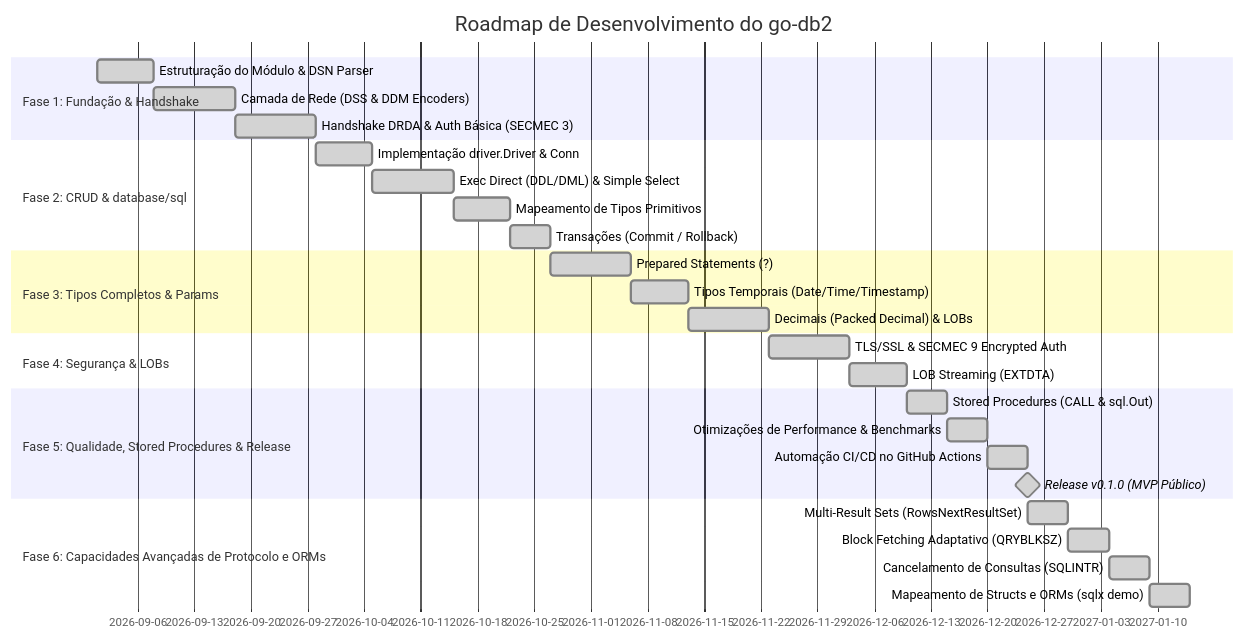
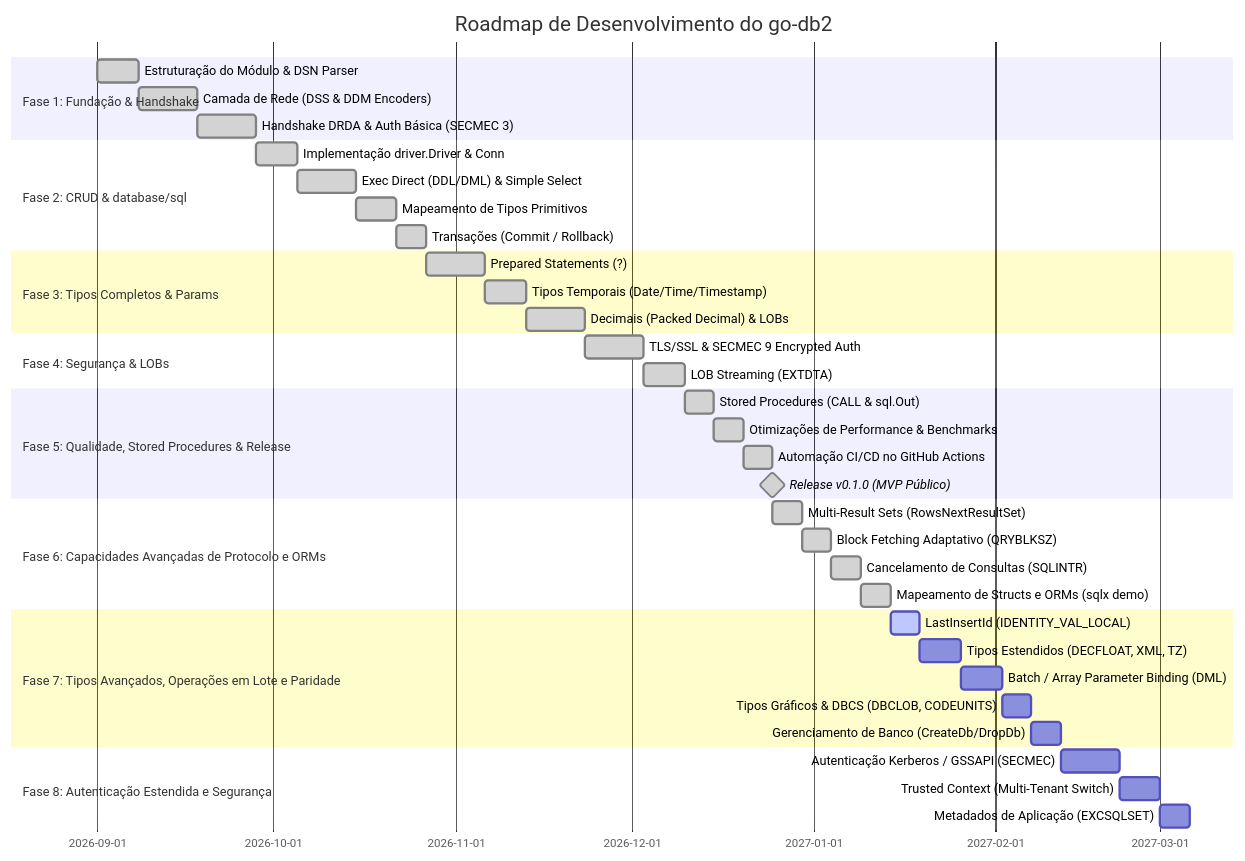
The diagram in PROJECT_PLAN.pt-BR.md (go-db2/go-db2), drawn with Mermaid before and after one commit. The commit also changed other lines of this file and 1 other file, not shown here.

Commit message:
docs: update project roadmap to include Phases 7 and 8 with detailed milestone analysis

````diff
--- a/PROJECT_PLAN.pt-BR.md
+++ b/PROJECT_PLAN.pt-BR.md
@@ -164,31 +164,41 @@
 ```mermaid
 gantt
     title Roadmap de Desenvolvimento do go-db2
     dateFormat  YYYY-MM-DD
     section Fase 1: Fundação & Handshake
     Estruturação do Módulo & DSN Parser      :done, f1_1, 2026-09-01, 7d
     Camada de Rede (DSS & DDM Encoders)       :done, f1_2, after f1_1, 10d
     Handshake DRDA & Auth Básica (SECMEC 3)  :done, f1_3, after f1_2, 10d
     section Fase 2: CRUD & database/sql
     Implementação driver.Driver & Conn       :done, f2_1, after f1_3, 7d
     Exec Direct (DDL/DML) & Simple Select    :done, f2_2, after f2_1, 10d
     Mapeamento de Tipos Primitivos           :done, f2_3, after f2_2, 7d
     Transações (Commit / Rollback)           :done, f2_4, after f2_3, 5d
     section Fase 3: Tipos Completos & Params
     Prepared Statements (?)                  :done, f3_1, after f2_4, 10d
     Tipos Temporais (Date/Time/Timestamp)    :done, f3_2, after f3_1, 7d
     Decimais (Packed Decimal) & LOBs         :done, f3_3, after f3_2, 10d
     section Fase 4: Segurança & LOBs
     TLS/SSL & SECMEC 9 Encrypted Auth        :done, f4_1, after f3_3, 10d
     LOB Streaming (EXTDTA)                   :done, f4_2, after f4_1, 7d
     section Fase 5: Qualidade, Stored Procedures & Release
     Stored Procedures (CALL & sql.Out)       :done, f5_1, after f4_2, 5d
     Otimizações de Performance & Benchmarks  :done, f5_2, after f5_1, 5d
     Automação CI/CD no GitHub Actions        :done, f5_3, after f5_2, 5d
     Release v0.1.0 (MVP Público)             :done, milestone, after f5_3, 0d
     section Fase 6: Capacidades Avançadas de Protocolo e ORMs
     Multi-Result Sets (RowsNextResultSet)    :done, f6_1, after f5_3, 5d
     Block Fetching Adaptativo (QRYBLKSZ)     :done, f6_2, after f6_1, 5d
     Cancelamento de Consultas (SQLINTR)      :done, f6_3, after f6_2, 5d
     Mapeamento de Structs e ORMs (sqlx demo) :done, f6_4, after f6_3, 5d
+    section Fase 7: Tipos Avançados, Operações em Lote e Paridade
+    LastInsertId (IDENTITY_VAL_LOCAL)        :active, f7_1, after f6_4, 5d
+    Tipos Estendidos (DECFLOAT, XML, TZ)     :f7_2, after f7_1, 7d
+    Batch / Array Parameter Binding (DML)    :f7_3, after f7_2, 7d
+    Tipos Gráficos & DBCS (DBCLOB, CODEUNITS):f7_4, after f7_3, 5d
+    Gerenciamento de Banco (CreateDb/DropDb) :f7_5, after f7_4, 5d
+    section Fase 8: Autenticação Estendida e Segurança
+    Autenticação Kerberos / GSSAPI (SECMEC)  :f8_1, after f7_5, 10d
+    Trusted Context (Multi-Tenant Switch)    :f8_2, after f8_1, 7d
+    Metadados de Aplicação (EXCSQLSET)       :f8_3, after f8_2, 5d
 ```
````
